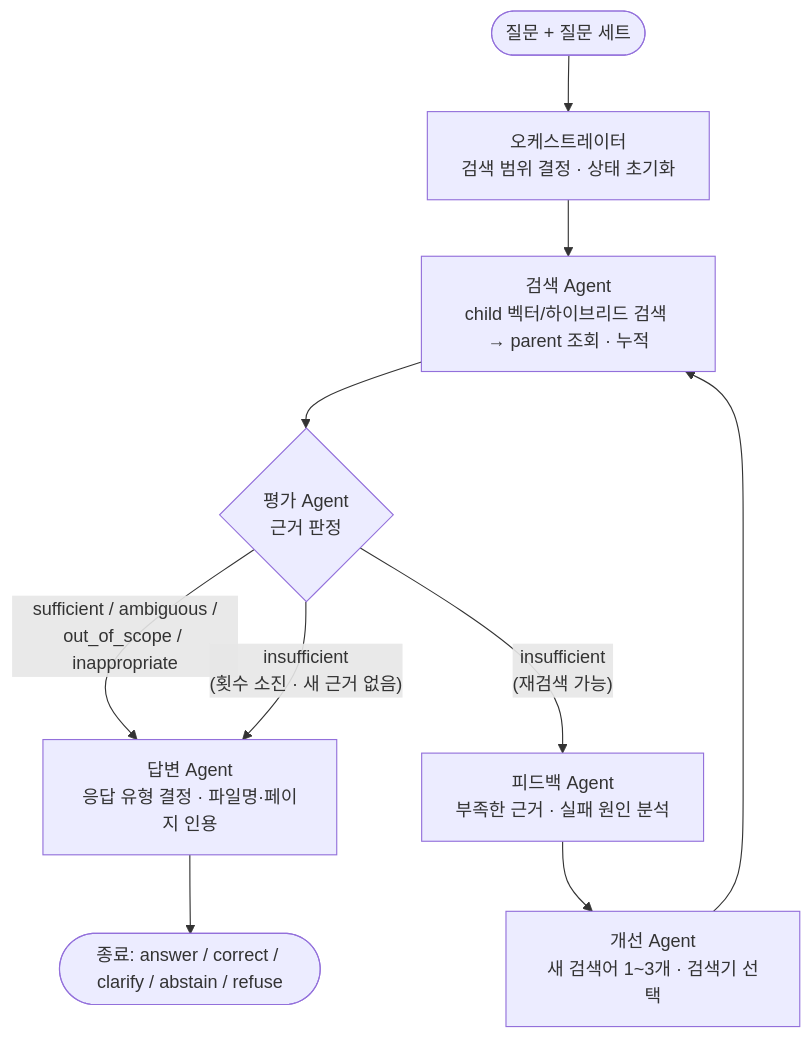
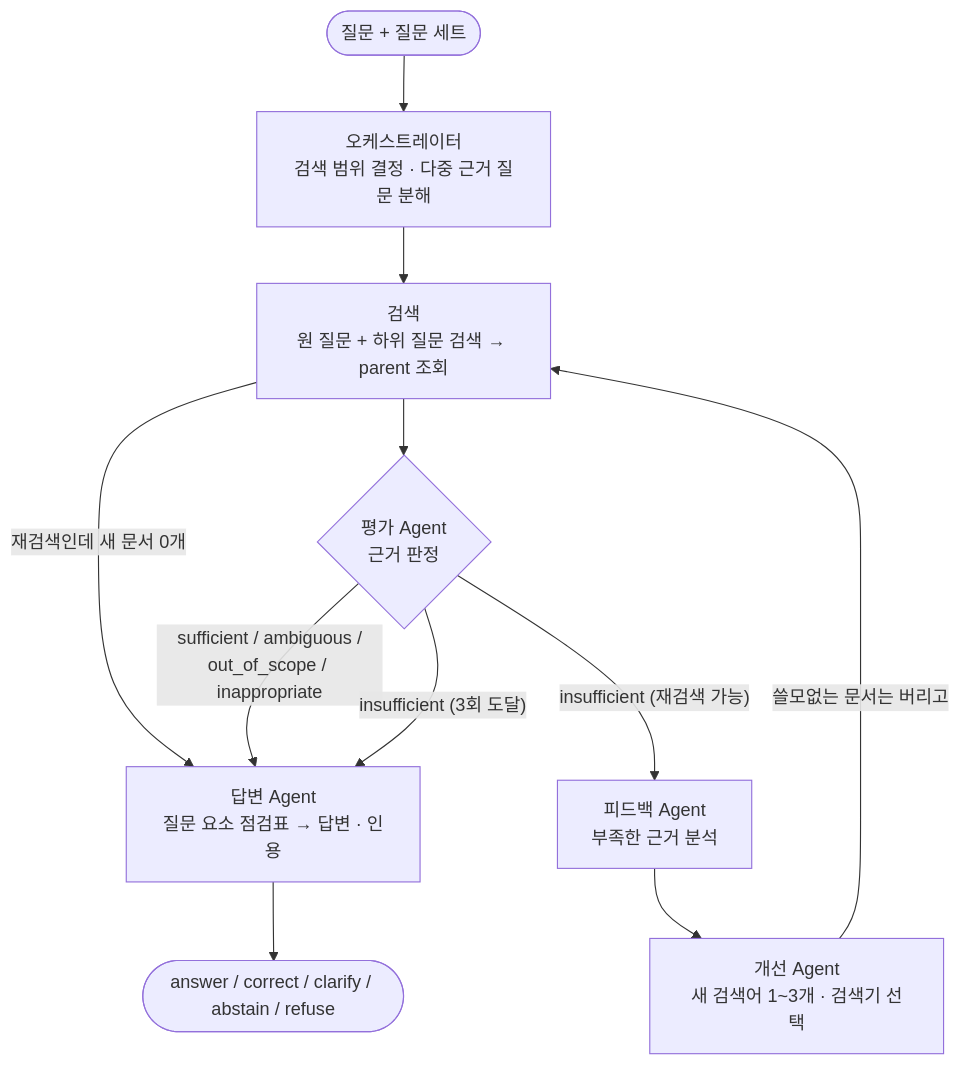
One commit to snail5039-code/rag_mini_project changed the diagram in README.md. Above: the diagram before and after it, drawn with Mermaid. The commit also changed other lines of this file and 1 other file, not shown here.

````diff
--- a/README.md
+++ b/README.md
@@ -227,12 +134,13 @@
 ```mermaid
 flowchart TD
-    Q([질문 + 질문 세트]) --> O[오케스트레이터<br/>검색 범위 결정 · 상태 초기화]
-    O --> S[검색 Agent<br/>child 벡터/하이브리드 검색 → parent 조회 · 누적]
+    Q([질문 + 질문 세트]) --> O[오케스트레이터<br/>검색 범위 결정 · 다중 근거 질문 분해]
+    O --> S[검색<br/>원 질문 + 하위 질문 검색 → parent 조회]
+    S -- "재검색인데 새 문서 0개" --> A
     S --> E{평가 Agent<br/>근거 판정}
-    E -- "sufficient / ambiguous /<br/>out_of_scope / inappropriate" --> A[답변 Agent<br/>응답 유형 결정 · 파일명·페이지 인용]
-    E -- "insufficient<br/>(재검색 가능)" --> F[피드백 Agent<br/>부족한 근거 · 실패 원인 분석]
-    E -- "insufficient<br/>(횟수 소진 · 새 근거 없음)" --> A
+    E -- "sufficient / ambiguous /<br/>out_of_scope / inappropriate" --> A[답변 Agent<br/>질문 요소 점검표 → 답변 · 인용]
+    E -- "insufficient (재검색 가능)" --> F[피드백 Agent<br/>부족한 근거 분석]
+    E -- "insufficient (3회 도달)" --> A
     F --> I[개선 Agent<br/>새 검색어 1~3개 · 검색기 선택]
-    I --> S
-    A --> END([종료: answer / correct / clarify / abstain / refuse])
+    I -- "쓸모없는 문서는 버리고" --> S
+    A --> END([answer / correct / clarify / abstain / refuse])
 ```
````
